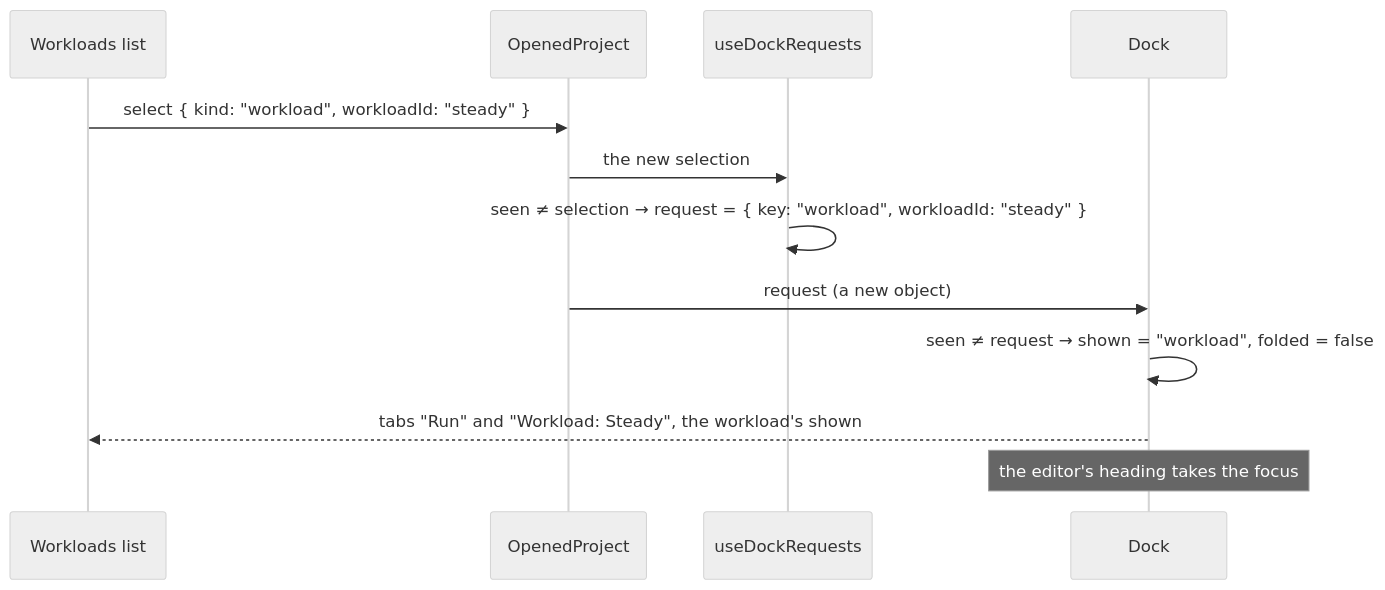
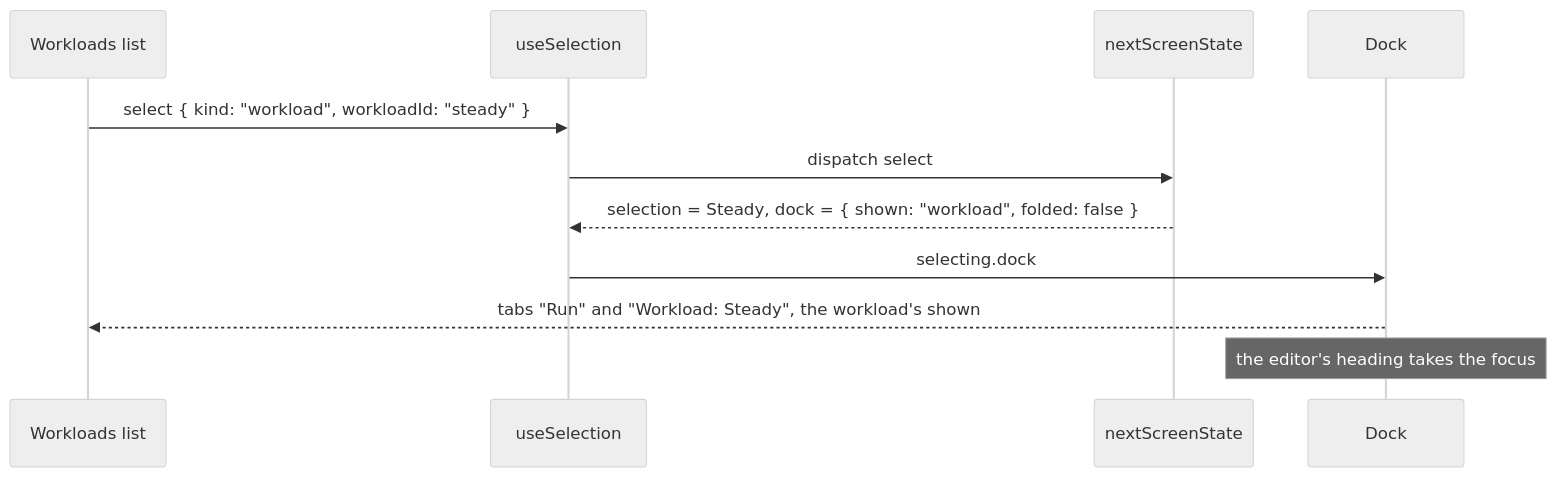
The fourth of 4 diagrams in docs/architecture/user-interface.md (alanbickel/wind-tunnel), drawn with Mermaid (neutral theme) before and after one commit. The commit also changed other lines of this file and 8 other files, not shown here.

Commit message:
refactor(ui): move the dock's tab and folding into the screen's view state (#253)

````diff
--- a/docs/architecture/user-interface.md
+++ b/docs/architecture/user-interface.md
@@ -278,14 +278,13 @@
 ```mermaid
 sequenceDiagram
     participant list as Workloads list
-    participant screen as OpenedProject
-    participant requests as useDockRequests
+    participant selection as useSelection
+    participant state as nextScreenState
     participant dock as Dock
-    list->>screen: select { kind: "workload", workloadId: "steady" }
-    screen->>requests: the new selection
-    requests->>requests: seen ≠ selection → request = { key: "workload", workloadId: "steady" }
-    screen->>dock: request (a new object)
-    dock->>dock: seen ≠ request → shown = "workload", folded = false
+    list->>selection: select { kind: "workload", workloadId: "steady" }
+    selection->>state: dispatch select
+    state-->>selection: selection = Steady, dock = { shown: "workload", folded: false }
+    selection->>dock: selecting.dock
     dock-->>list: tabs "Run" and "Workload: Steady", the workload's shown
     Note over dock: the editor's heading takes the focus
 ```
````
